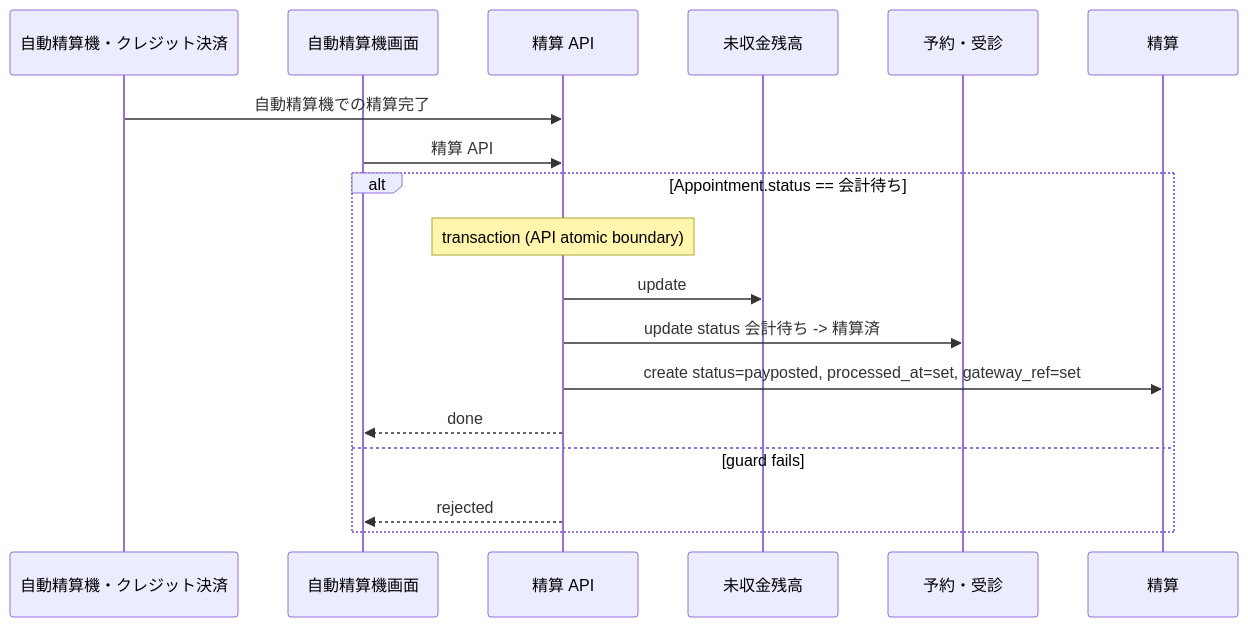
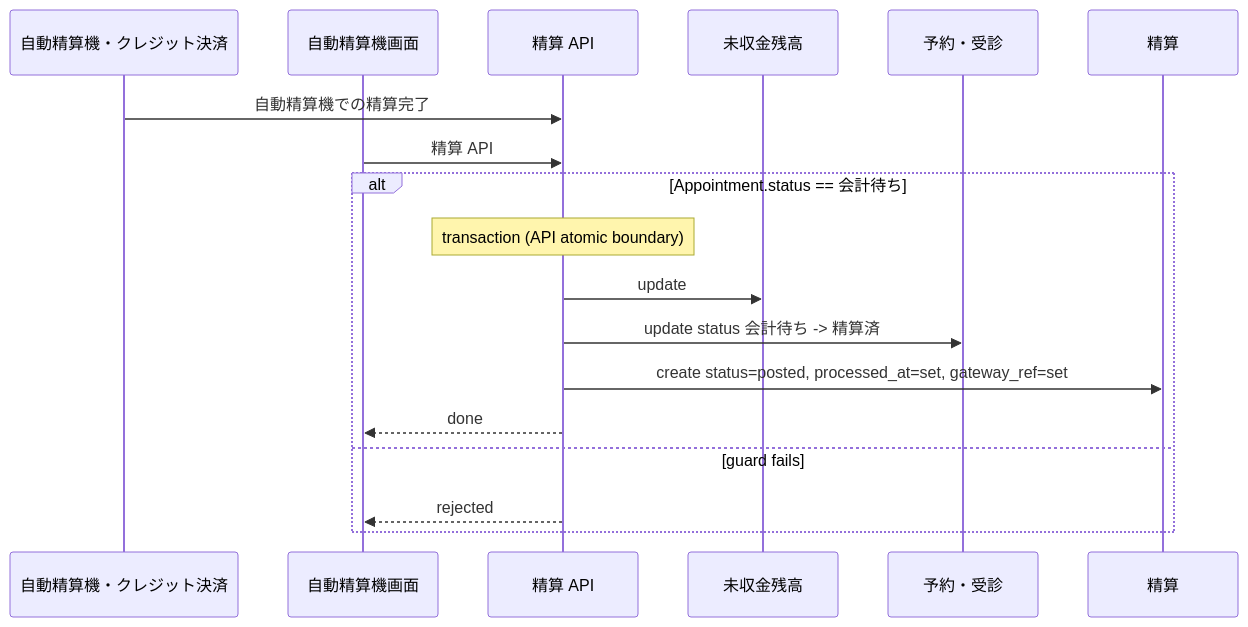
One commit to manji-0/rdra-ish-dsl changed the diagram in samples/clinic-ops/out/uc/sequence_SettleAtKiosk.mmd. Above: the diagram before and after it, drawn with Mermaid. The commit also changed 60 other files, not shown here.

```diff
--- a/samples/clinic-ops/out/uc/sequence_SettleAtKiosk.mmd
+++ b/samples/clinic-ops/out/uc/sequence_SettleAtKiosk.mmd
@@ -1,21 +1,21 @@
 %% rdra-ish diagram=sequence scope=usecase:SettleAtKiosk model=samples/clinic-ops
 %% kinds: extsystem screen api entity
 %% omitted: buc step medium event
 sequenceDiagram
   participant extsystem__PaymentGateway as 自動精算機・クレジット決済
   participant screen__KioskScreen as 自動精算機画面
   participant api__SettlementApi as 精算 API
   participant entity__AccountBalance as 未収金残高
   participant entity__Appointment as 予約・受診
   participant entity__PaymentTransaction as 精算
   extsystem__PaymentGateway ->> api__SettlementApi: 自動精算機での精算完了
   screen__KioskScreen ->> api__SettlementApi: 精算 API
   alt Appointment.status == 会計待ち
     Note over api__SettlementApi: transaction (API atomic boundary)
     api__SettlementApi ->> entity__AccountBalance: update
     api__SettlementApi ->> entity__Appointment: update status 会計待ち -> 精算済
-    api__SettlementApi ->> entity__PaymentTransaction: create status=payposted, processed_at=set, gateway_ref=set
+    api__SettlementApi ->> entity__PaymentTransaction: create status=posted, processed_at=set, gateway_ref=set
     api__SettlementApi -->> screen__KioskScreen: done
   else guard fails
     api__SettlementApi -->> screen__KioskScreen: rejected
   end
```
